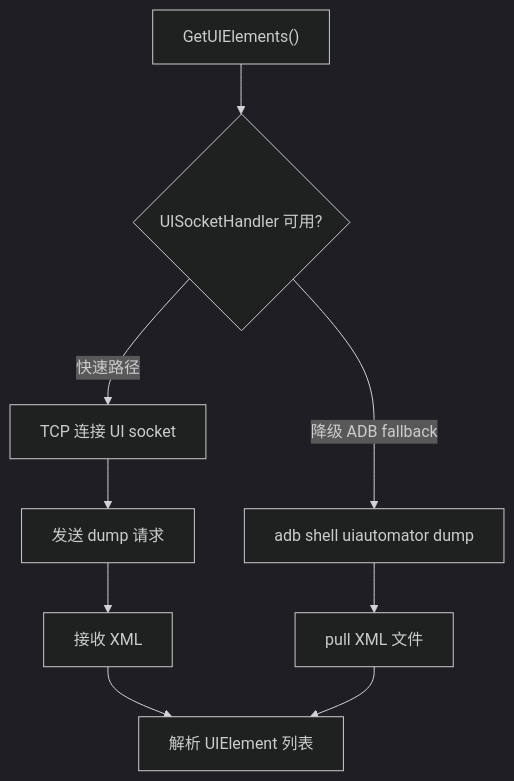
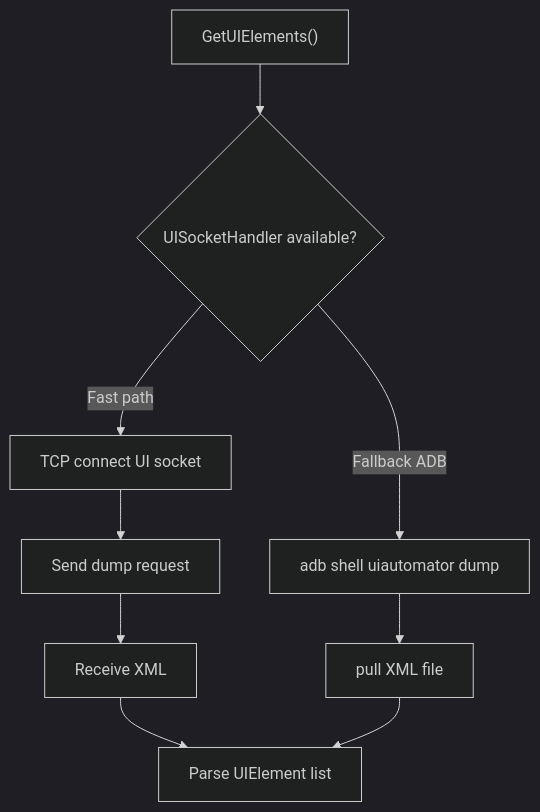
The eighth of 10 diagrams in docs/phonefast.md (gezihua123/phonefast), drawn with Mermaid (dark theme) before and after one commit. The commit also changed other lines of this file and 11 other files, not shown here.

````diff
--- a/docs/phonefast.md
+++ b/docs/phonefast.md
@@ -284,11 +287,11 @@
 ```mermaid
 flowchart TD
-    GET["GetUIElements()"] --> FAST{"UISocketHandler 可用?"}
-    FAST -->|"快速路径"| SOCKET["TCP 连接 UI socket"]
-    SOCKET --> SEND["发送 dump 请求"]
-    SEND --> XML["接收 XML"]
-    XML --> PARSE["解析 UIElement 列表"]
-    FAST -->|"降级 ADB fallback"| ADB["adb shell uiautomator dump"]
-    ADB --> PULL["pull XML 文件"]
+    GET["GetUIElements()"] --> FAST{"UISocketHandler available?"}
+    FAST -->|"Fast path"| SOCKET["TCP connect UI socket"]
+    SOCKET --> SEND["Send dump request"]
+    SEND --> XML["Receive XML"]
+    XML --> PARSE["Parse UIElement list"]
+    FAST -->|"Fallback ADB"| ADB["adb shell uiautomator dump"]
+    ADB --> PULL["pull XML file"]
     PULL --> PARSE
 ```
````
